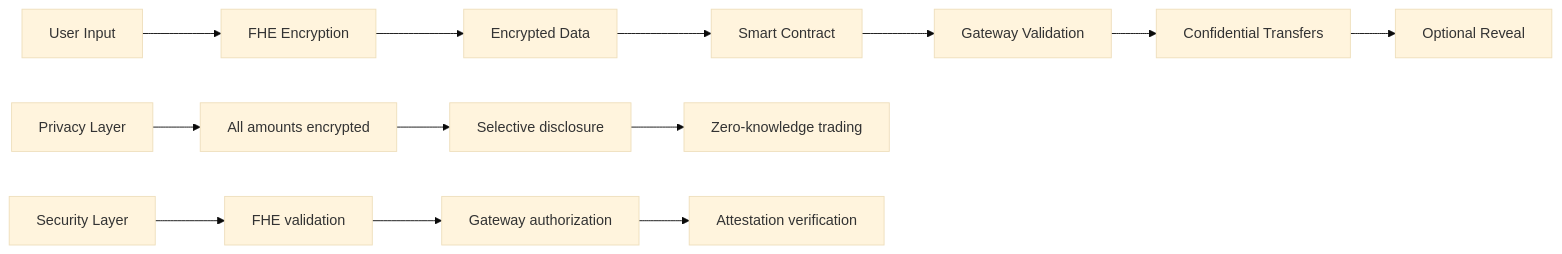
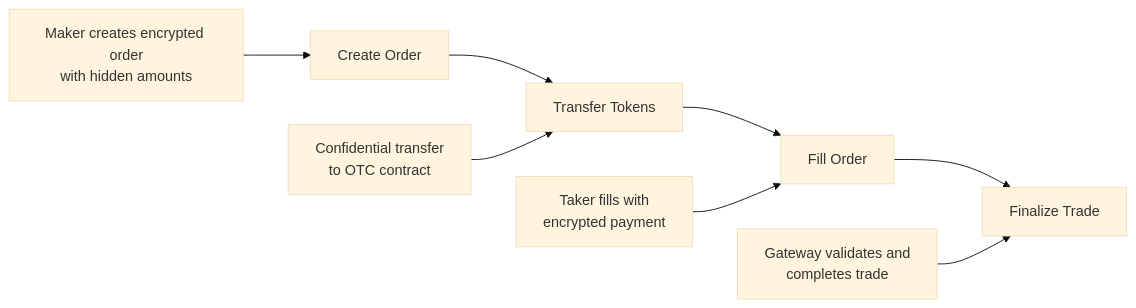
One commit to hstptcn5/zama-otc changed the first of 2 diagrams in README.md. Above: the diagram before and after it, drawn with Mermaid (base theme). The commit also changed other lines of this file, not shown here.

````diff
--- a/README.md
+++ b/README.md
@@ -86,17 +39,11 @@
 ```mermaid
 graph LR
-    A[User Input] --> B[FHE Encryption]
-    B --> C[Encrypted Data]
-    C --> D[Smart Contract]
-    D --> E[Gateway Validation]
-    E --> F[Confidential Transfers]
-    F --> G[Optional Reveal]
+    A[Create Order] --> B[Transfer Tokens]
+    B --> C[Fill Order]
+    C --> D[Finalize Trade]
     
-    H[Privacy Layer] --> I[All amounts encrypted]
-    I --> J[Selective disclosure]
-    J --> K[Zero-knowledge trading]
-    
-    L[Security Layer] --> M[FHE validation]
-    M --> N[Gateway authorization]
-    N --> O[Attestation verification]
+    A1[Maker creates encrypted order<br/>with hidden amounts] --> A
+    B1[Confidential transfer<br/>to OTC contract] --> B
+    C1[Taker fills with<br/>encrypted payment] --> C
+    D1[Gateway validates and<br/>completes trade] --> D
 ```
````
